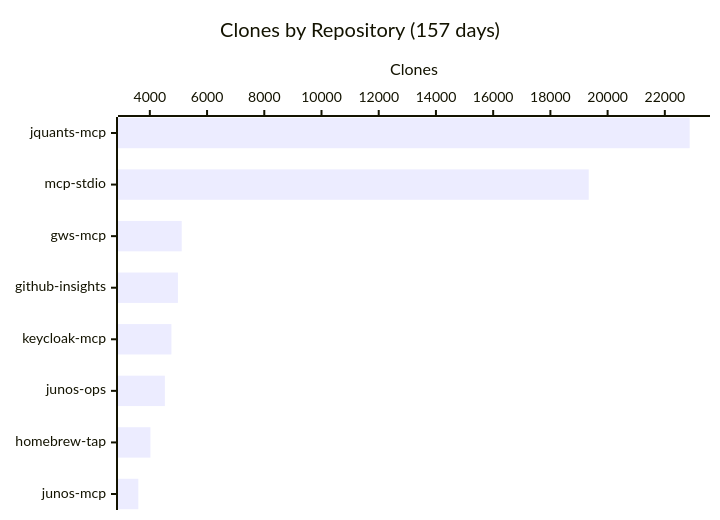
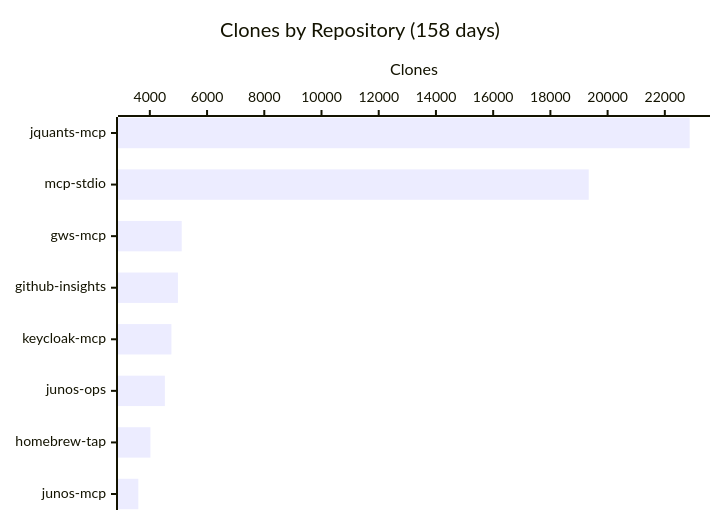
Before and after one commit to shigechika/github-insights: the fourth of 4 diagrams in README.md, drawn with Mermaid. The commit also changed other lines of this file and 2 other files, not shown here.

````diff
--- a/README.md
+++ b/README.md
@@ -58,7 +58,7 @@
 ```mermaid
 xychart-beta horizontal
-    title "Clones by Repository (157 days)"
+    title "Clones by Repository (158 days)"
     x-axis ["jquants-mcp", "mcp-stdio", "gws-mcp", "github-insights", "keycloak-mcp", "junos-ops", "homebrew-tap", "junos-mcp"]
     y-axis "Clones"
     bar [22869, 19340, 5114, 4981, 4754, 4525, 4021, 3597]
 ```
````
